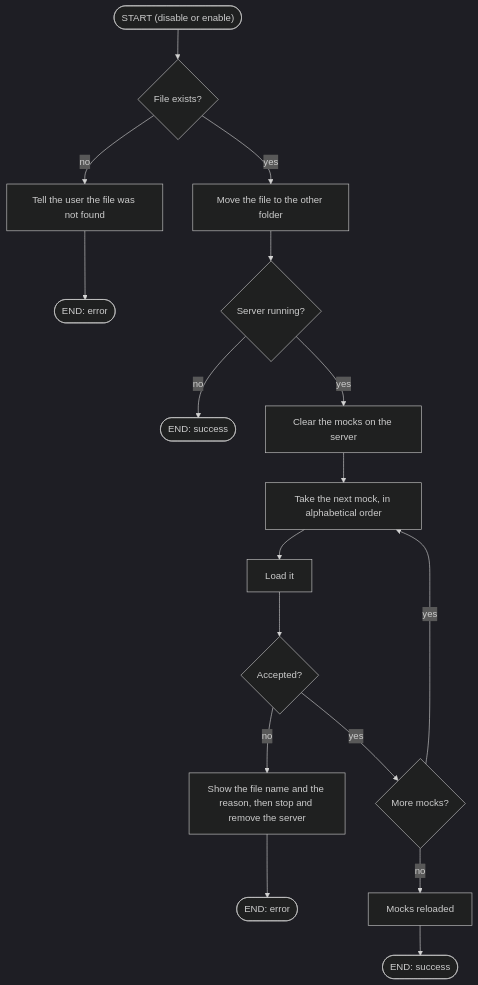
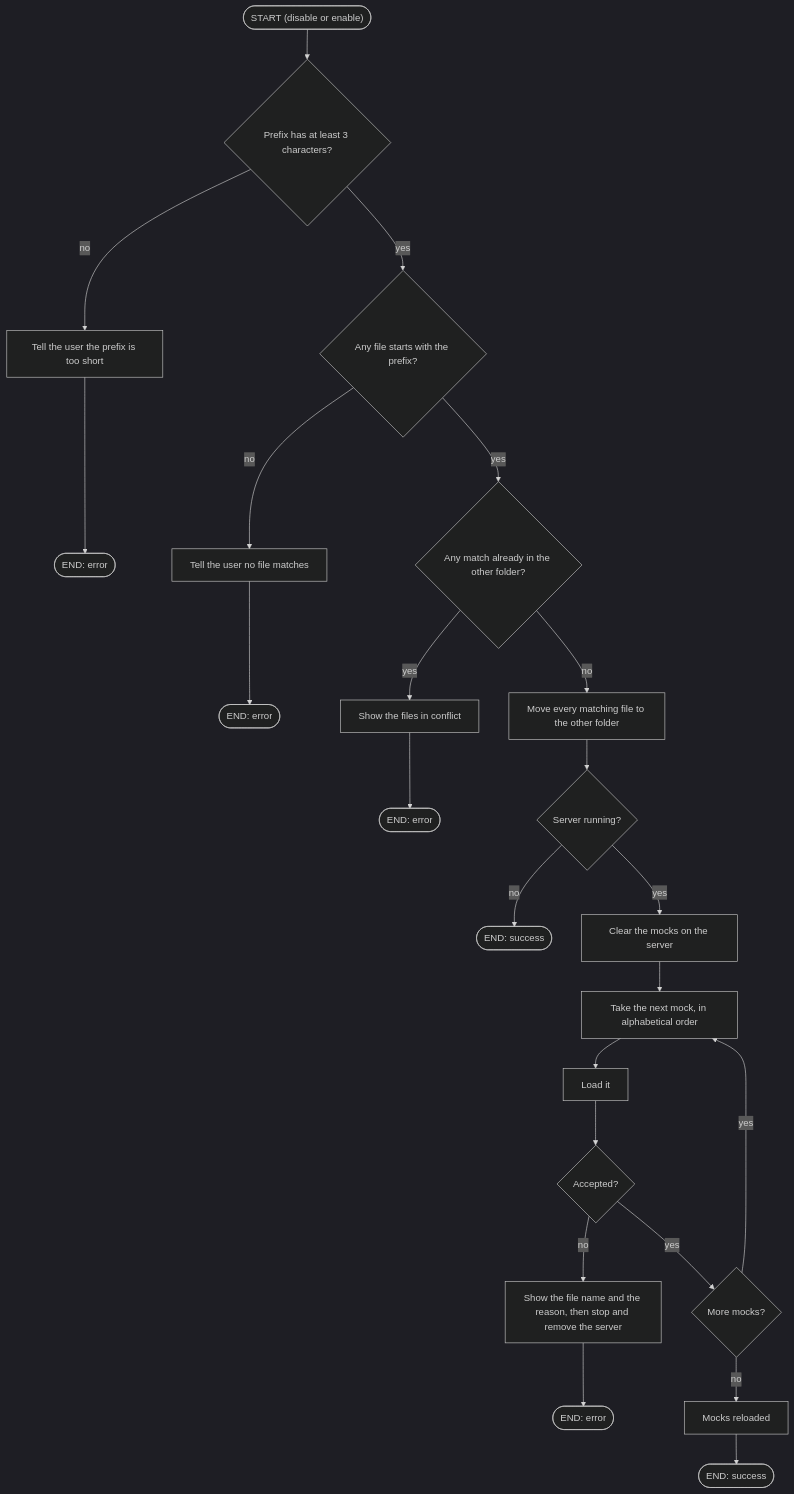
One commit to hstefanov1/wiremockctl changed the diagram in docs/command-disable-enable.md. Above: the diagram before and after it, drawn with Mermaid (dark theme). The commit also changed other lines of this file and 1 other file, not shown here.

Commit message:
feat: add disable and enable commands

````diff
--- a/docs/command-disable-enable.md
+++ b/docs/command-disable-enable.md
@@ -13,23 +13,31 @@
 ```mermaid
 flowchart TD
-  start(["START (disable or enable)"]) --> file_exists{"File exists?"}
-  file_exists -- yes --> move_file["Move the file to the other folder"]
-  file_exists -- no --> error1["Tell the user the file was not found"]
+start(["START (disable or enable)"]) --> name_ok{"Prefix has at least 3 characters?"}
+  name_ok -- yes --> file_exists{"Any file starts with the prefix?"}
+  name_ok -- no --> error1["Tell the user the prefix is too short"]
   error1 --> end1(["END: error"])
 
+  file_exists -- yes --> conflict{"Any match already in the other folder?"}
+  file_exists -- no --> error2["Tell the user no file matches"]
+  error2 --> end2(["END: error"])
+
+  conflict -- no --> move_file["Move every matching file to the other folder"]
+  conflict -- yes --> error3["Show the files in conflict"]
+  error3 --> end3(["END: error"])
+
   move_file --> server_up{"Server running?"}
-  server_up -- no --> end2(["END: success"])
+  server_up -- no --> end4(["END: success"])
   server_up -- yes --> reset_mocks["Clear the mocks on the server"]
 
   reset_mocks --> load["Take the next mock, in alphabetical order"]
 
   load --> process["Load it"]
   process --> success{"Accepted?"}
   success -- yes --> more{"More mocks?"}
-  success -- no --> error2["Show the file name and the reason, then stop and remove the server"]
-  error2 --> end3(["END: error"])
+  success -- no --> error4["Show the file name and the reason, then stop and remove the server"]
+  error4 --> end5(["END: error"])
 
   more -- yes --> load
   more -- no --> done["Mocks reloaded"]
-  done --> end4(["END: success"])
+  done --> end6(["END: success"])
 ```
````
